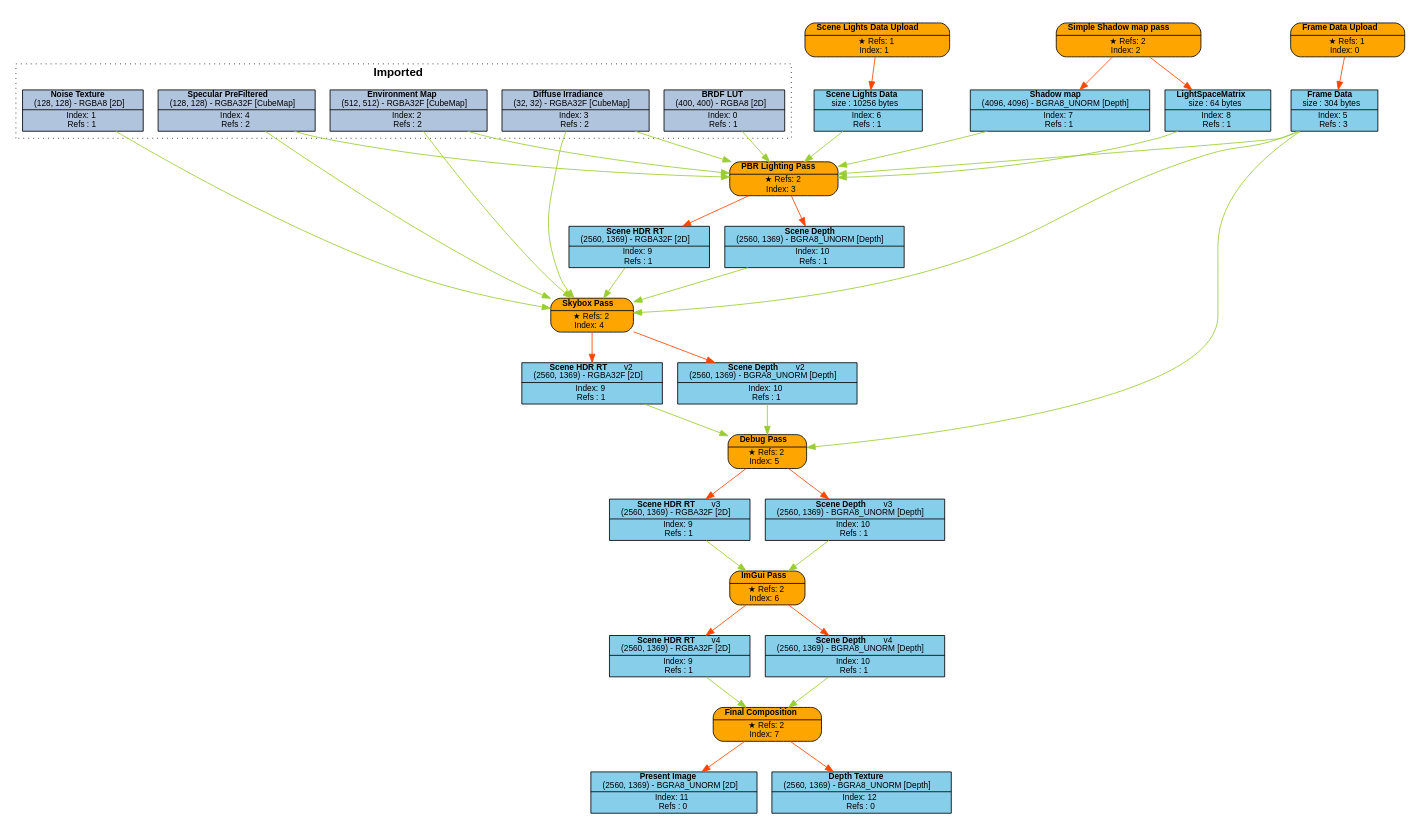
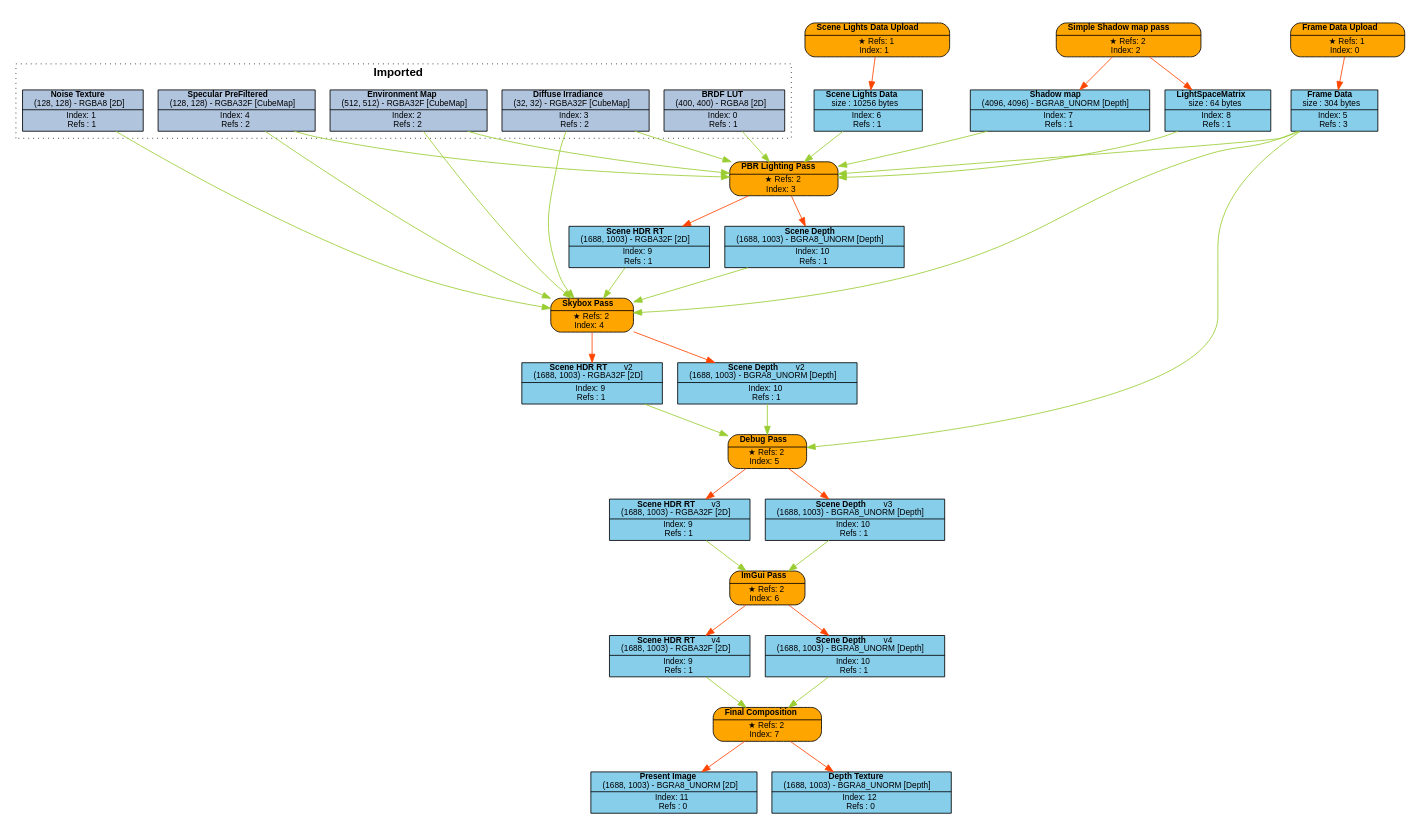
One commit to Pikachuxxxx/Razix changed the diagram in Engine/content/FrameGraphs/pbr_lighting_test.dot. Above: the diagram before and after it, drawn with Graphviz. The commit also changed 30 other files, not shown here.

```diff
--- a/Engine/content/FrameGraphs/pbr_lighting_test.dot
+++ b/Engine/content/FrameGraphs/pbr_lighting_test.dot
@@ -1,93 +1,93 @@
 digraph FrameGraph {
 graph [style=invis, rankdir="TB" ordering=out, splines=spline]
 node [shape=record, fontname="helvetica", fontsize=10, margin="0.2,0.03"]
 
 P0 [label=<{ {<B>Frame Data Upload</B>} | {&#x2605; Refs: 1<BR/> Index: 0} }> style="rounded,filled", fillcolor=orange]
 P1 [label=<{ {<B>Scene Lights Data Upload</B>} | {&#x2605; Refs: 1<BR/> Index: 1} }> style="rounded,filled", fillcolor=orange]
 P2 [label=<{ {<B>Simple Shadow map pass</B>} | {&#x2605; Refs: 2<BR/> Index: 2} }> style="rounded,filled", fillcolor=orange]
 P3 [label=<{ {<B>PBR Lighting Pass</B>} | {&#x2605; Refs: 2<BR/> Index: 3} }> style="rounded,filled", fillcolor=orange]
 P4 [label=<{ {<B>Skybox Pass</B>} | {&#x2605; Refs: 2<BR/> Index: 4} }> style="rounded,filled", fillcolor=orange]
 P5 [label=<{ {<B>Debug Pass</B>} | {&#x2605; Refs: 2<BR/> Index: 5} }> style="rounded,filled", fillcolor=orange]
 P6 [label=<{ {<B>ImGui Pass</B>} | {&#x2605; Refs: 2<BR/> Index: 6} }> style="rounded,filled", fillcolor=orange]
 P7 [label=<{ {<B>Final Composition</B>} | {&#x2605; Refs: 2<BR/> Index: 7} }> style="rounded,filled", fillcolor=orange]
 
 R0_1 [label=<{ {<B>BRDF LUT</B><BR/>(400, 400) - RGBA8 [2D]} | {Index: 0<BR/>Refs : 1} }> style=filled, fillcolor=lightsteelblue]
 R1_1 [label=<{ {<B>Noise Texture</B><BR/>(128, 128) - RGBA8 [2D]} | {Index: 1<BR/>Refs : 1} }> style=filled, fillcolor=lightsteelblue]
 R2_1 [label=<{ {<B>Environment Map</B><BR/>(512, 512) - RGBA32F [CubeMap]} | {Index: 2<BR/>Refs : 2} }> style=filled, fillcolor=lightsteelblue]
 R3_1 [label=<{ {<B>Diffuse Irradiance</B><BR/>(32, 32) - RGBA32F [CubeMap]} | {Index: 3<BR/>Refs : 2} }> style=filled, fillcolor=lightsteelblue]
 R4_1 [label=<{ {<B>Specular PreFiltered</B><BR/>(128, 128) - RGBA32F [CubeMap]} | {Index: 4<BR/>Refs : 2} }> style=filled, fillcolor=lightsteelblue]
 R5_1 [label=<{ {<B>Frame Data</B><BR/>size : 304 bytes} | {Index: 5<BR/>Refs : 3} }> style=filled, fillcolor=skyblue]
 R6_1 [label=<{ {<B>Scene Lights Data</B><BR/>size : 10256 bytes} | {Index: 6<BR/>Refs : 1} }> style=filled, fillcolor=skyblue]
 R7_1 [label=<{ {<B>Shadow map</B><BR/>(4096, 4096) - BGRA8_UNORM [Depth]} | {Index: 7<BR/>Refs : 1} }> style=filled, fillcolor=skyblue]
 R8_1 [label=<{ {<B>LightSpaceMatrix</B><BR/>size : 64 bytes} | {Index: 8<BR/>Refs : 1} }> style=filled, fillcolor=skyblue]
-R9_1 [label=<{ {<B>Scene HDR RT</B><BR/>(2560, 1369) - RGBA32F [2D]} | {Index: 9<BR/>Refs : 1} }> style=filled, fillcolor=skyblue]
-R10_1 [label=<{ {<B>Scene Depth</B><BR/>(2560, 1369) - BGRA8_UNORM [Depth]} | {Index: 10<BR/>Refs : 1} }> style=filled, fillcolor=skyblue]
-R9_2 [label=<{ {<B>Scene HDR RT</B>   <FONT>v2</FONT><BR/>(2560, 1369) - RGBA32F [2D]} | {Index: 9<BR/>Refs : 1} }> style=filled, fillcolor=skyblue]
-R10_2 [label=<{ {<B>Scene Depth</B>   <FONT>v2</FONT><BR/>(2560, 1369) - BGRA8_UNORM [Depth]} | {Index: 10<BR/>Refs : 1} }> style=filled, fillcolor=skyblue]
-R9_3 [label=<{ {<B>Scene HDR RT</B>   <FONT>v3</FONT><BR/>(2560, 1369) - RGBA32F [2D]} | {Index: 9<BR/>Refs : 1} }> style=filled, fillcolor=skyblue]
-R10_3 [label=<{ {<B>Scene Depth</B>   <FONT>v3</FONT><BR/>(2560, 1369) - BGRA8_UNORM [Depth]} | {Index: 10<BR/>Refs : 1} }> style=filled, fillcolor=skyblue]
-R9_4 [label=<{ {<B>Scene HDR RT</B>   <FONT>v4</FONT><BR/>(2560, 1369) - RGBA32F [2D]} | {Index: 9<BR/>Refs : 1} }> style=filled, fillcolor=skyblue]
-R10_4 [label=<{ {<B>Scene Depth</B>   <FONT>v4</FONT><BR/>(2560, 1369) - BGRA8_UNORM [Depth]} | {Index: 10<BR/>Refs : 1} }> style=filled, fillcolor=skyblue]
-R11_1 [label=<{ {<B>Present Image</B><BR/>(2560, 1369) - BGRA8_UNORM [2D]} | {Index: 11<BR/>Refs : 0} }> style=filled, fillcolor=skyblue]
-R12_1 [label=<{ {<B>Depth Texture</B><BR/>(2560, 1369) - BGRA8_UNORM [Depth]} | {Index: 12<BR/>Refs : 0} }> style=filled, fillcolor=skyblue]
+R9_1 [label=<{ {<B>Scene HDR RT</B><BR/>(1688, 1003) - RGBA32F [2D]} | {Index: 9<BR/>Refs : 1} }> style=filled, fillcolor=skyblue]
+R10_1 [label=<{ {<B>Scene Depth</B><BR/>(1688, 1003) - BGRA8_UNORM [Depth]} | {Index: 10<BR/>Refs : 1} }> style=filled, fillcolor=skyblue]
+R9_2 [label=<{ {<B>Scene HDR RT</B>   <FONT>v2</FONT><BR/>(1688, 1003) - RGBA32F [2D]} | {Index: 9<BR/>Refs : 1} }> style=filled, fillcolor=skyblue]
+R10_2 [label=<{ {<B>Scene Depth</B>   <FONT>v2</FONT><BR/>(1688, 1003) - BGRA8_UNORM [Depth]} | {Index: 10<BR/>Refs : 1} }> style=filled, fillcolor=skyblue]
+R9_3 [label=<{ {<B>Scene HDR RT</B>   <FONT>v3</FONT><BR/>(1688, 1003) - RGBA32F [2D]} | {Index: 9<BR/>Refs : 1} }> style=filled, fillcolor=skyblue]
+R10_3 [label=<{ {<B>Scene Depth</B>   <FONT>v3</FONT><BR/>(1688, 1003) - BGRA8_UNORM [Depth]} | {Index: 10<BR/>Refs : 1} }> style=filled, fillcolor=skyblue]
+R9_4 [label=<{ {<B>Scene HDR RT</B>   <FONT>v4</FONT><BR/>(1688, 1003) - RGBA32F [2D]} | {Index: 9<BR/>Refs : 1} }> style=filled, fillcolor=skyblue]
+R10_4 [label=<{ {<B>Scene Depth</B>   <FONT>v4</FONT><BR/>(1688, 1003) - BGRA8_UNORM [Depth]} | {Index: 10<BR/>Refs : 1} }> style=filled, fillcolor=skyblue]
+R11_1 [label=<{ {<B>Present Image</B><BR/>(1688, 1003) - BGRA8_UNORM [2D]} | {Index: 11<BR/>Refs : 0} }> style=filled, fillcolor=skyblue]
+R12_1 [label=<{ {<B>Depth Texture</B><BR/>(1688, 1003) - BGRA8_UNORM [Depth]} | {Index: 12<BR/>Refs : 0} }> style=filled, fillcolor=skyblue]
 
 P0 -> { R5_1 } [color=orangered]
 P1 -> { R6_1 } [color=orangered]
 P2 -> { R7_1 R8_1 } [color=orangered]
 P3 -> { R9_1 R10_1 } [color=orangered]
 P4 -> { R9_2 R10_2 } [color=orangered]
 P5 -> { R9_3 R10_3 } [color=orangered]
 P6 -> { R9_4 R10_4 } [color=orangered]
 P7 -> { R11_1 R12_1 } [color=orangered]
 
 R0_1 -> { P3 } [color=olivedrab3]
 R1_1 -> { P4 } [color=olivedrab3]
 R2_1 -> { P3 P4 } [color=olivedrab3]
 R3_1 -> { P3 P4 } [color=olivedrab3]
 R4_1 -> { P3 P4 } [color=olivedrab3]
 R5_1 -> { P3 P4 P5 } [color=olivedrab3]
 R6_1 -> { P3 } [color=olivedrab3]
 R7_1 -> { P3 } [color=olivedrab3]
 R8_1 -> { P3 } [color=olivedrab3]
 R9_1 -> { P4 } [color=olivedrab3]
 R10_1 -> { P4 } [color=olivedrab3]
 R9_2 -> { P5 } [color=olivedrab3]
 R10_2 -> { P5 } [color=olivedrab3]
 R9_3 -> { P6 } [color=olivedrab3]
 R10_3 -> { P6 } [color=olivedrab3]
 R9_4 -> { P7 } [color=olivedrab3]
 R10_4 -> { P7 } [color=olivedrab3]
 R11_1 -> { } [color=olivedrab3]
 R12_1 -> { } [color=olivedrab3]
 
 subgraph cluster_0 {
 P0 R5_1 
 }
 subgraph cluster_1 {
 P1 R6_1 
 }
 subgraph cluster_2 {
 P2 R7_1 R8_1 
 }
 subgraph cluster_3 {
 P3 R9_1 R10_1 
 }
 subgraph cluster_4 {
 P4 
 }
 subgraph cluster_5 {
 P5 
 }
 subgraph cluster_6 {
 P6 
 }
 subgraph cluster_7 {
 P7 R11_1 R12_1 
 }
 
 subgraph cluster_imported_resources {
 graph [style=dotted, fontname="helvetica", label=< <B>Imported</B> >]
 R0_1 R1_1 R2_1 R3_1 R4_1 
 }
 
 }
```
